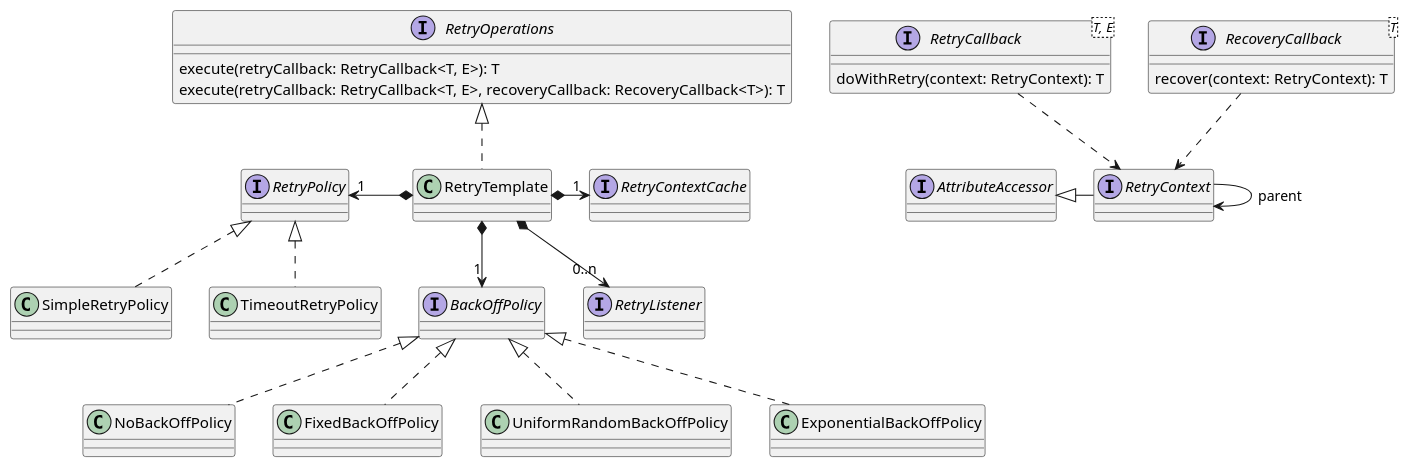
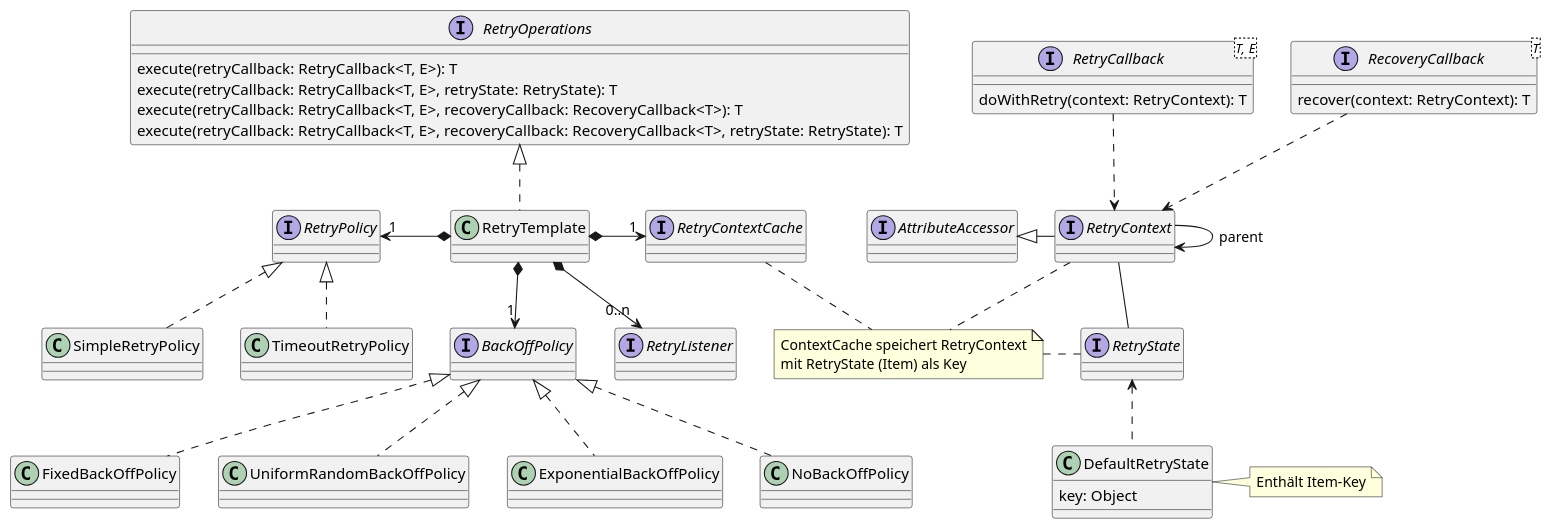
One commit to goldschmiede/2019-06-28-Spring-Batch changed the third of 4 diagrams in slides/src/docs/asciidoc/chunk.adoc. Above: the diagram before and after it, drawn with PlantUML. The commit also changed 11 other files, not shown here.

```diff
--- a/slides/src/docs/asciidoc/chunk.adoc
+++ b/slides/src/docs/asciidoc/chunk.adoc
@@ -118,42 +118,61 @@
 [plantuml, RetryTemplate, svg, width=1700]
 ....
 interface RetryOperations {
     execute(retryCallback: RetryCallback<T, E>): T
+    execute(retryCallback: RetryCallback<T, E>, retryState: RetryState): T
     execute(retryCallback: RetryCallback<T, E>, recoveryCallback: RecoveryCallback<T>): T
+    execute(retryCallback: RetryCallback<T, E>, recoveryCallback: RecoveryCallback<T>, retryState: RetryState): T
 }
 
 interface BackOffPolicy
 interface RetryPolicy
 interface RetryListener
 interface RetryContextCache
 
 interface RetryCallback<T, E> {
     doWithRetry(context: RetryContext): T
 }
 
 interface RetryContext
 interface AttributeAccessor
+interface RetryState
+class DefaultRetryState {
+    key: Object
+}
+note right: Enthält Item-Key
 
 interface RecoveryCallback<T> {
     recover(context: RetryContext): T
 }
 
 RetryOperations <|.. RetryTemplate 
 RetryPolicy "1" <-* RetryTemplate
 RetryTemplate *--> "1" BackOffPolicy 
 RetryTemplate *--> "0..n" RetryListener
 RetryTemplate *-> "1" RetryContextCache
 
 RetryPolicy <|.. SimpleRetryPolicy
 RetryPolicy <|.. TimeoutRetryPolicy
 
 BackOffPolicy <|.. NoBackOffPolicy
 BackOffPolicy <|.. FixedBackOffPolicy
 BackOffPolicy <|.. UniformRandomBackOffPolicy
 BackOffPolicy <|.. ExponentialBackOffPolicy
 
 RetryCallback ..> RetryContext 
 RecoveryCallback ..> RetryContext 
 AttributeAccessor <|- RetryContext
 RetryContext --> RetryContext: parent
+
+RetryContext -- RetryState
+RetryState <.. DefaultRetryState
+
+note as N
+ContextCache speichert RetryContext
+mit RetryState (Item) als Key 
+end note
+
+RetryContextCache .. N
+RetryContext .. N
+N . RetryState
 ....
```
